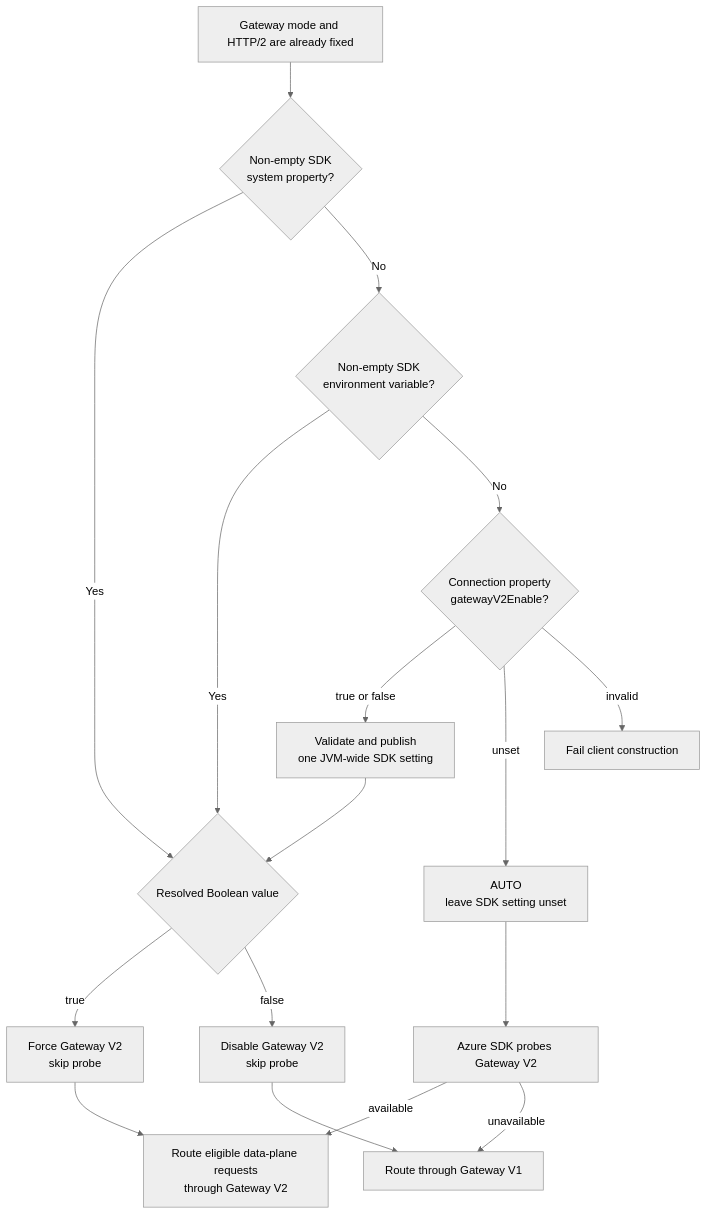
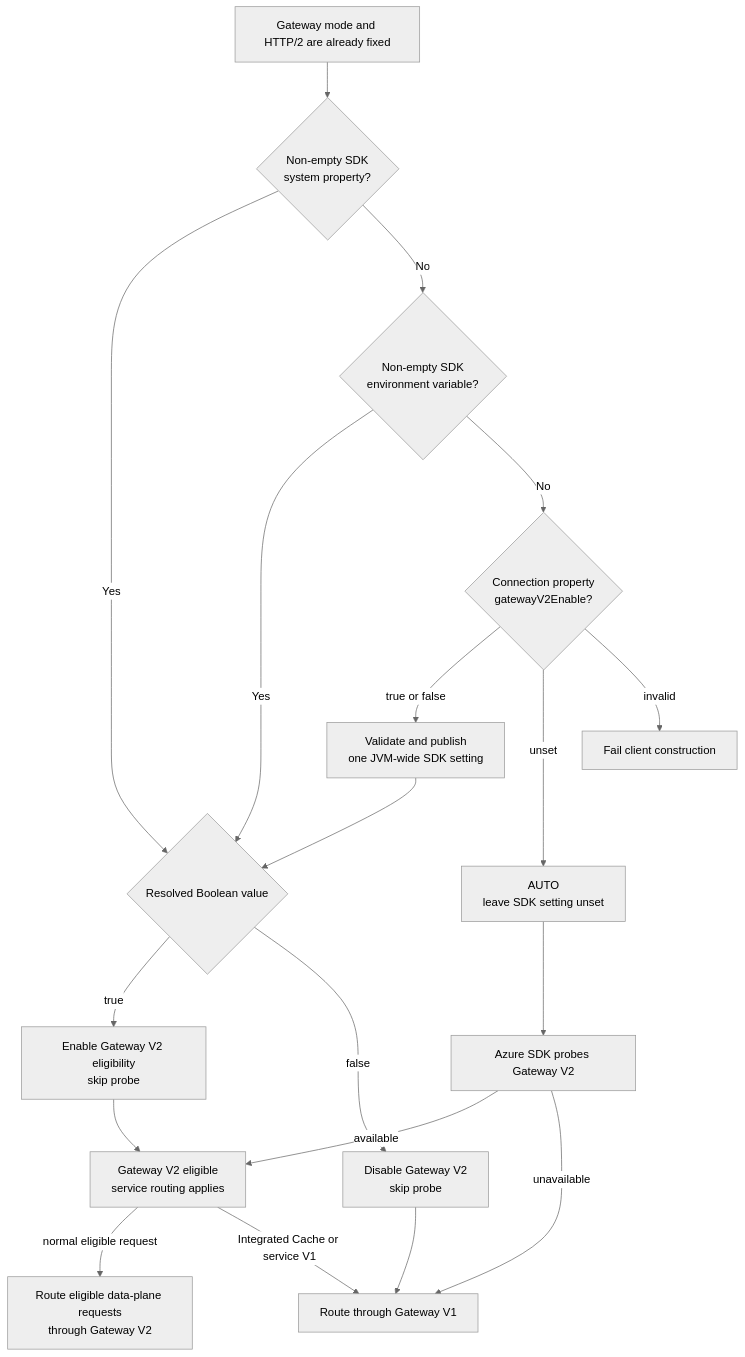
The fourth of 4 diagrams in specs/feat/cosmos-gateway-defaults/design.md (allenkim0129/multiclouddb-sdk-for-java), drawn with Mermaid (neutral theme) before and after one commit. The commit also changed other lines of this file and 15 other files, not shown here.

First line of the commit message:
fix(cosmos): align Gateway V2 cache routing

````diff
--- a/specs/feat/cosmos-gateway-defaults/design.md
+++ b/specs/feat/cosmos-gateway-defaults/design.md
@@ -170,33 +210,36 @@
 ```mermaid
 flowchart TD
     Start["Gateway mode and HTTP/2 are already fixed"]
     System{"Non-empty SDK<br/>system property?"}
     Environment{"Non-empty SDK<br/>environment variable?"}
     Connection{"Connection property<br/>gatewayV2Enable?"}
     Publish["Validate and publish<br/>one JVM-wide SDK setting"]
     Value{"Resolved Boolean value"}
     Auto["AUTO<br/>leave SDK setting unset"]
     Probe["Azure SDK probes Gateway V2"]
+    Eligible["Gateway V2 eligible<br/>service routing applies"]
     V2["Route eligible data-plane requests<br/>through Gateway V2"]
     V1["Route through Gateway V1"]
-    Force["Force Gateway V2<br/>skip probe"]
+    Enable["Enable Gateway V2 eligibility<br/>skip probe"]
     Off["Disable Gateway V2<br/>skip probe"]
     Error["Fail client construction"]
 
     Start --> System
     System -->|Yes| Value
     System -->|No| Environment
     Environment -->|Yes| Value
     Environment -->|No| Connection
     Connection -->|true or false| Publish
     Connection -->|unset| Auto
     Connection -->|invalid| Error
     Publish --> Value
-    Value -->|true| Force
+    Value -->|true| Enable
     Value -->|false| Off
-    Force --> V2
+    Enable --> Eligible
+    Eligible -->|normal eligible request| V2
+    Eligible -->|Integrated Cache or service V1| V1
     Off --> V1
     Auto --> Probe
-    Probe -->|available| V2
+    Probe -->|available| Eligible
     Probe -->|unavailable| V1
 ```
````
